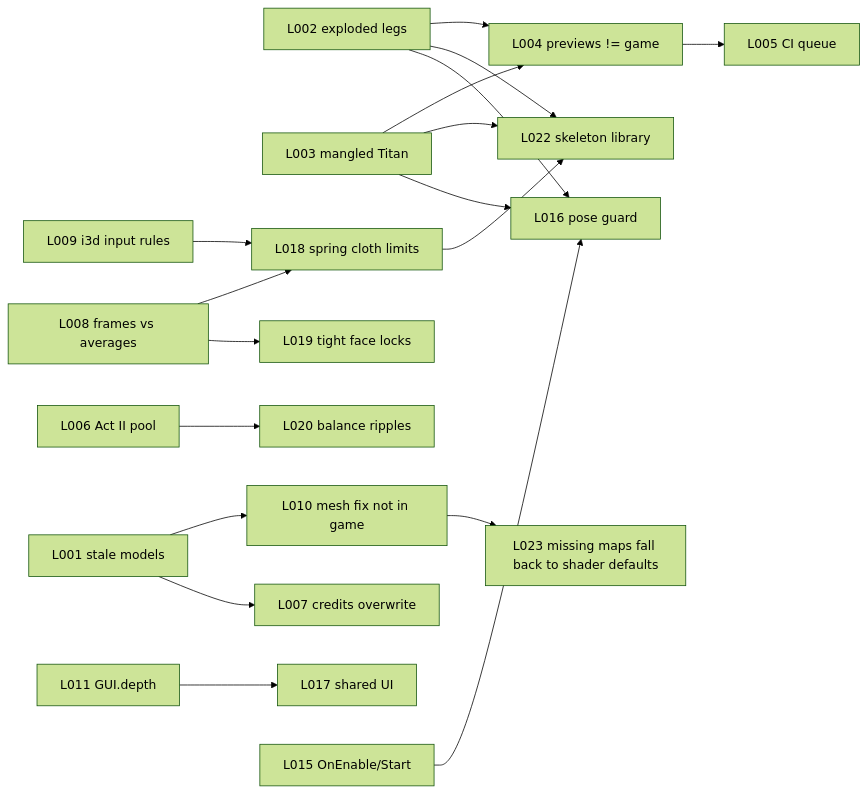
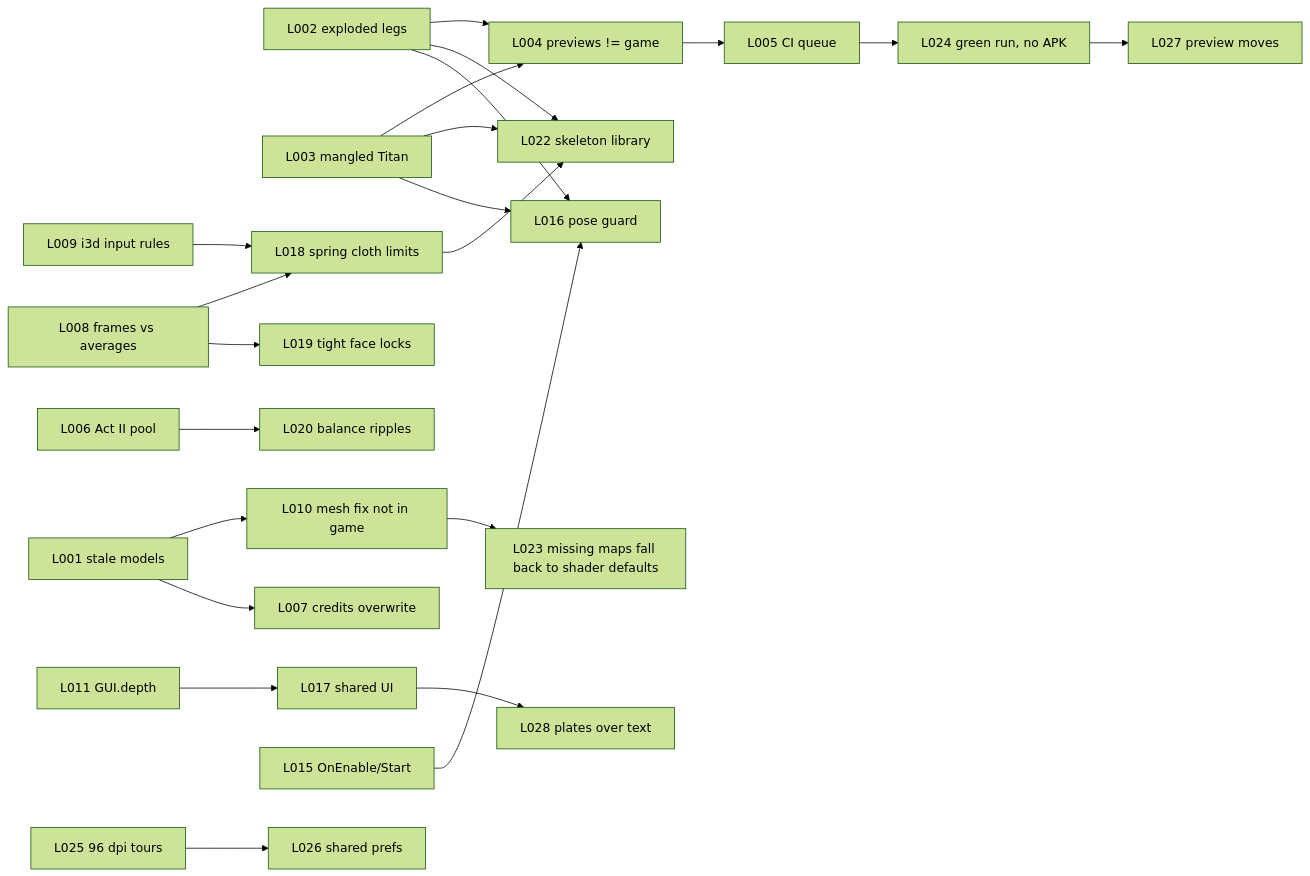
One commit to eqtitan/SigilBound changed the diagram in docs/sigilbound/brain/MAP.md. Above: the diagram before and after it, drawn with Mermaid (forest theme). The commit also changed other lines of this file and 14 other files, not shown here.

````diff
--- a/docs/sigilbound/brain/MAP.md
+++ b/docs/sigilbound/brain/MAP.md
@@ -28,20 +28,24 @@
 ```mermaid
 graph LR
   L002[L002 exploded legs] --> L016[L016 pose guard]
   L003[L003 mangled Titan] --> L016
   L002 --> L022[L022 skeleton library]
   L003 --> L022
   L018[L018 spring cloth limits] --> L022
   L004[L004 previews != game] --> L005[L005 CI queue]
   L002 --> L004
   L003 --> L004
   L001[L001 stale models] --> L007[L007 credits overwrite]
   L001 --> L010[L010 mesh fix not in game]
   L010 --> L023[L023 missing maps fall back to shader defaults]
   L006[L006 Act II pool] --> L020[L020 balance ripples]
   L008[L008 frames vs averages] --> L019[L019 tight face locks]
   L008 --> L018
   L009[L009 i3d input rules] --> L018
   L011[L011 GUI.depth] --> L017[L017 shared UI]
   L015[L015 OnEnable/Start] --> L016
+  L005 --> L024[L024 green run, no APK]
+  L024 --> L027[L027 preview moves]
+  L025[L025 96 dpi tours] --> L026[L026 shared prefs]
+  L017 --> L028[L028 plates over text]
 ```
````
